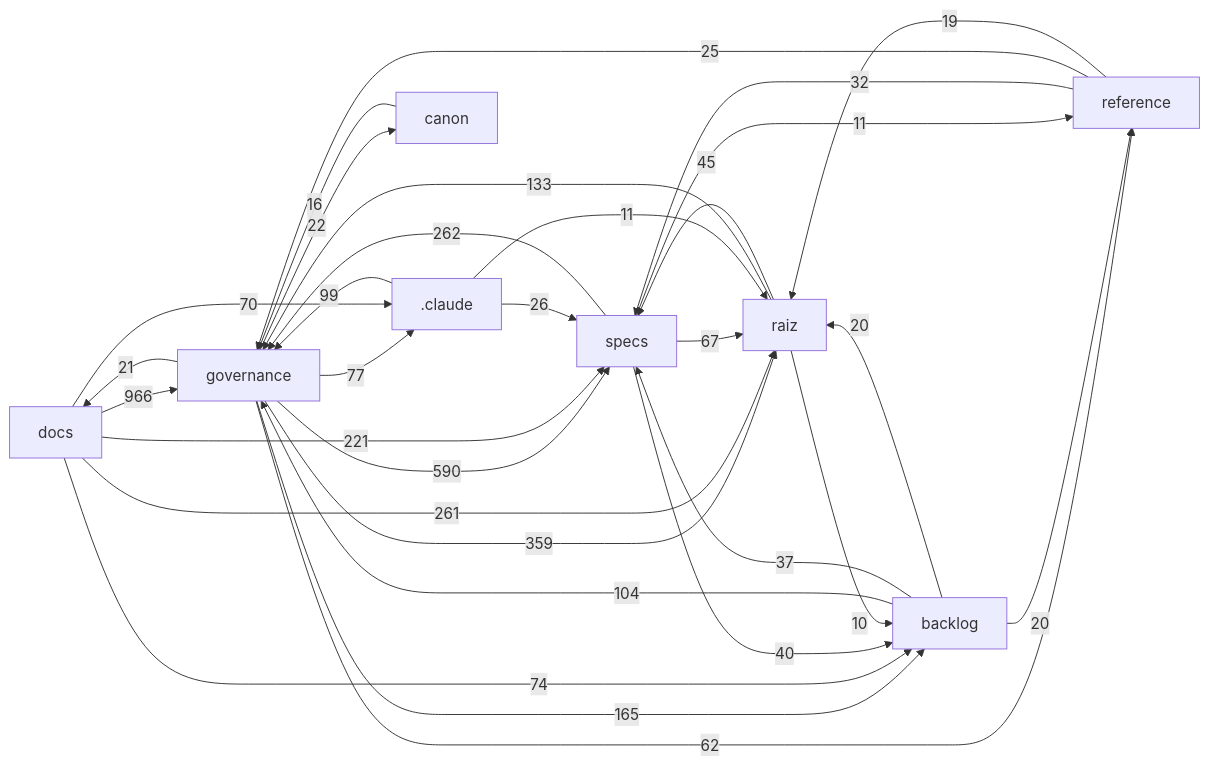
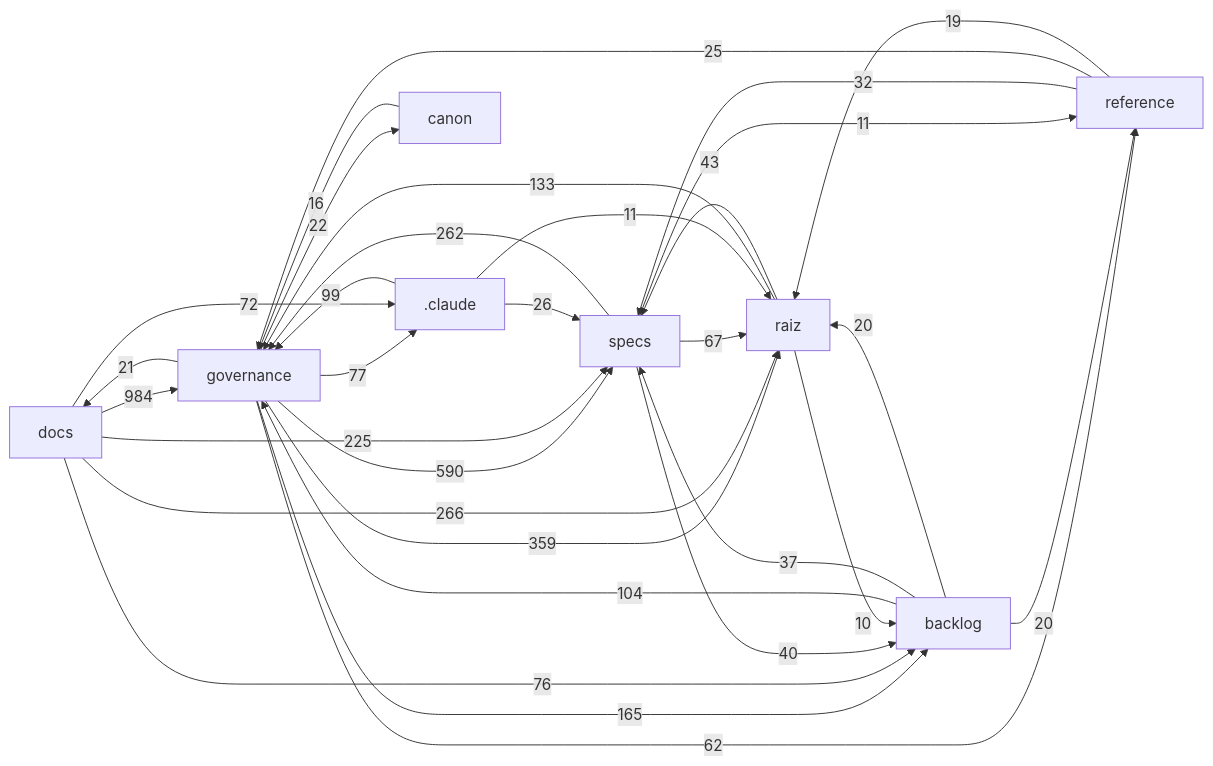
Before and after one commit to Andraus35/Sistema-Operacional-de-Trading--SOT: the diagram in docs/mapa/MAPA-PROJETO.md, drawn with Mermaid. The commit also changed other lines of this file and 3 other files, not shown here.

````diff
--- a/docs/mapa/MAPA-PROJETO.md
+++ b/docs/mapa/MAPA-PROJETO.md
@@ -29,33 +29,33 @@
 ```mermaid
 flowchart LR
-  docs["docs"] -->|966| governance["governance"]
+  docs["docs"] -->|984| governance["governance"]
   governance["governance"] -->|590| specs["specs"]
   governance["governance"] -->|359| raiz["raiz"]
+  docs["docs"] -->|266| raiz["raiz"]
   specs["specs"] -->|262| governance["governance"]
-  docs["docs"] -->|261| raiz["raiz"]
-  docs["docs"] -->|221| specs["specs"]
+  docs["docs"] -->|225| specs["specs"]
   governance["governance"] -->|165| backlog["backlog"]
   raiz["raiz"] -->|133| governance["governance"]
   backlog["backlog"] -->|104| governance["governance"]
   _claude[".claude"] -->|99| governance["governance"]
   governance["governance"] -->|77| _claude[".claude"]
-  docs["docs"] -->|74| backlog["backlog"]
-  docs["docs"] -->|70| _claude[".claude"]
+  docs["docs"] -->|76| backlog["backlog"]
+  docs["docs"] -->|72| _claude[".claude"]
   specs["specs"] -->|67| raiz["raiz"]
   governance["governance"] -->|62| reference["reference"]
-  raiz["raiz"] -->|45| specs["specs"]
+  raiz["raiz"] -->|43| specs["specs"]
   specs["specs"] -->|40| backlog["backlog"]
   backlog["backlog"] -->|37| specs["specs"]
   reference["reference"] -->|32| specs["specs"]
   _claude[".claude"] -->|26| specs["specs"]
   reference["reference"] -->|25| governance["governance"]
   governance["governance"] -->|22| canon["canon"]
   governance["governance"] -->|21| docs["docs"]
   backlog["backlog"] -->|20| raiz["raiz"]
   backlog["backlog"] -->|20| reference["reference"]
   reference["reference"] -->|19| raiz["raiz"]
   canon["canon"] -->|16| governance["governance"]
   _claude[".claude"] -->|11| raiz["raiz"]
   specs["specs"] -->|11| reference["reference"]
   raiz["raiz"] -->|10| backlog["backlog"]
 ```
````
